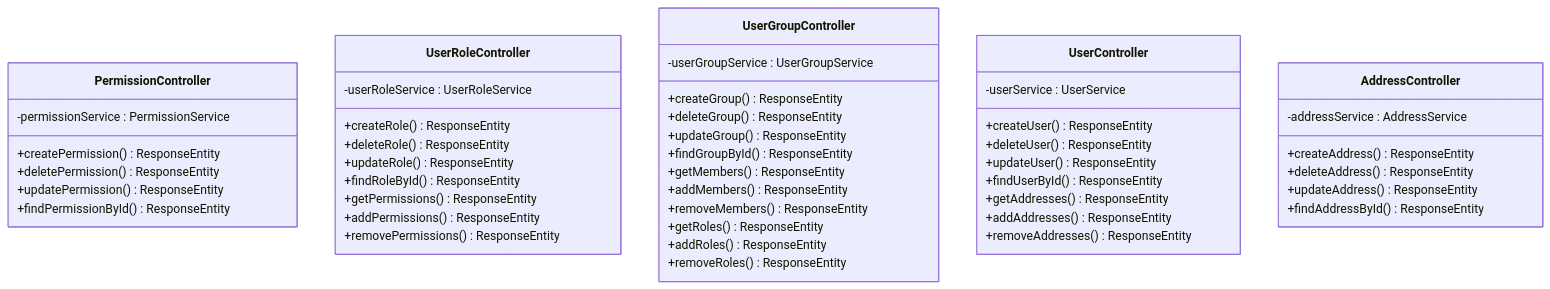
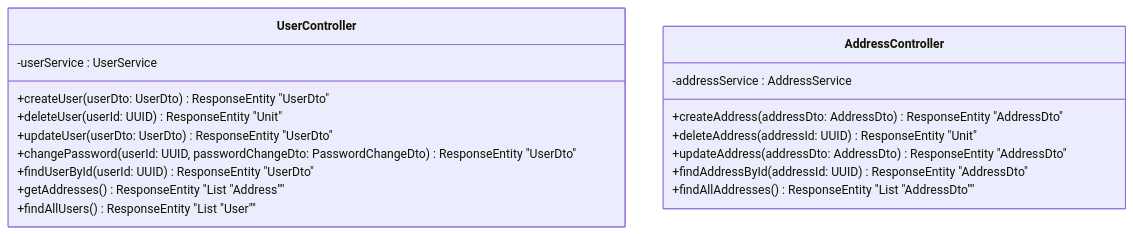
Before and after one commit to fruzsina-banyai/webshop: the sixth of 6 diagrams in documentation/user_management_service/user_management_service.md, drawn with Mermaid. The commit also changed other lines of this file, not shown here.

Commit message:
Update user_management_service.md to be accurate to the base of the application

````diff
--- a/documentation/user_management_service/user_management_service.md
+++ b/documentation/user_management_service/user_management_service.md
@@ -137,50 +82,21 @@
 ```mermaid
 classDiagram
-    class PermissionController {        
-        -permissionService : PermissionService
-        +createPermission() ResponseEntity
-        +deletePermission() ResponseEntity
-        +updatePermission() ResponseEntity
-        +findPermissionById() ResponseEntity
-    }
-    class UserRoleController {     
-        -userRoleService : UserRoleService
-        +createRole() ResponseEntity
-        +deleteRole() ResponseEntity
-        +updateRole() ResponseEntity
-        +findRoleById() ResponseEntity
-        +getPermissions() ResponseEntity
-        +addPermissions() ResponseEntity
-        +removePermissions() ResponseEntity
-    }
-    class UserGroupController {      
-        -userGroupService : UserGroupService
-        +createGroup() ResponseEntity
-        +deleteGroup() ResponseEntity
-        +updateGroup() ResponseEntity
-        +findGroupById() ResponseEntity
-        +getMembers() ResponseEntity
-        +addMembers() ResponseEntity
-        +removeMembers() ResponseEntity
-        +getRoles() ResponseEntity
-        +addRoles() ResponseEntity
-        +removeRoles() ResponseEntity
-    }
     class UserController {      
         -userService : UserService
-        +createUser() ResponseEntity
-        +deleteUser() ResponseEntity
-        +updateUser() ResponseEntity
-        +findUserById() ResponseEntity
-        +getAddresses() ResponseEntity
-        +addAddresses() ResponseEntity
-        +removeAddresses() ResponseEntity
+        +createUser(userDto: UserDto) ResponseEntity "UserDto"
+        +deleteUser(userId: UUID) ResponseEntity "Unit"
+        +updateUser(userDto: UserDto) ResponseEntity "UserDto"
+        +changePassword(userId: UUID, passwordChangeDto: PasswordChangeDto) ResponseEntity "UserDto"
+        +findUserById(userId: UUID) ResponseEntity "UserDto"
+        +getAddresses() ResponseEntity "List "Address""
+        +findAllUsers() ResponseEntity "List "User""
     }
     class AddressController { 
         -addressService : AddressService
-        +createAddress() ResponseEntity
-        +deleteAddress() ResponseEntity
-        +updateAddress() ResponseEntity
-        +findAddressById() ResponseEntity
+        +createAddress(addressDto: AddressDto) ResponseEntity "AddressDto"
+        +deleteAddress(addressId: UUID) ResponseEntity "Unit"
+        +updateAddress(addressDto: AddressDto) ResponseEntity "AddressDto"
+        +findAddressById(addressId: UUID) ResponseEntity "AddressDto"
+        +findAllAddresses() ResponseEntity "List "AddressDto""
     }
 ```
````
